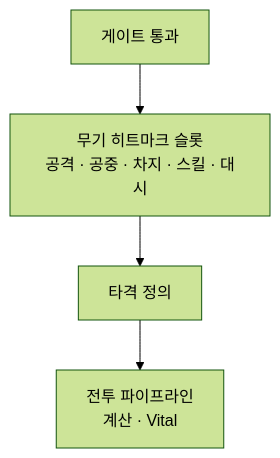
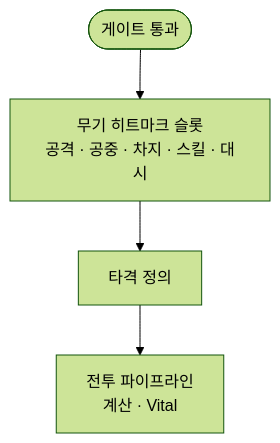
The diagram in notes/blade-weapon-hitmark.md (monet5379/monet5379.github.io), drawn with Mermaid (forest theme) before and after one commit. The commit also changed other lines of this file and 6 other files, not shown here.

Commit message:
fix(notes): BA 액션·AI Mermaid visual contract

````diff
--- a/notes/blade-weapon-hitmark.md
+++ b/notes/blade-weapon-hitmark.md
@@ -37,6 +37,7 @@
 ```mermaid
 flowchart TD
-  G["게이트 통과"] --> W["무기 히트마크 슬롯<br/>공격 · 공중 · 차지 · 스킬 · 대시"]
+  G(["게이트 통과"])
+  G --> W["무기 히트마크 슬롯<br/>공격 · 공중 · 차지 · 스킬 · 대시"]
   W --> DEF["타격 정의"]
   DEF --> C["전투 파이프라인<br/>계산 · Vital"]
 ```
````
